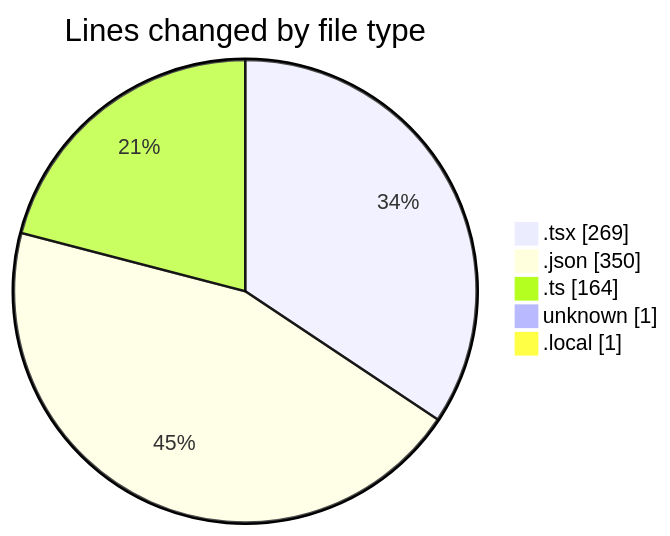
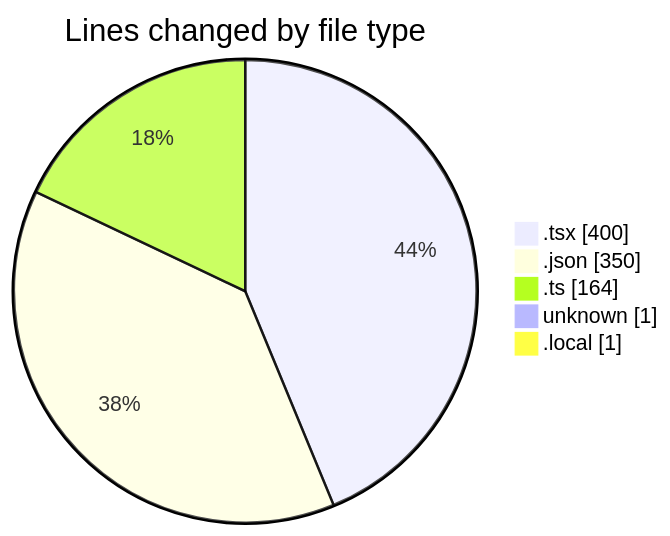
One commit to Elitesun/code-tracking changed the first of 2 diagrams in 2025-04-08/sungpt/README.md. Above: the diagram before and after it, drawn with Mermaid. The commit also changed other lines of this file and 1 other file, not shown here.

````diff
--- a/2025-04-08/sungpt/README.md
+++ b/2025-04-08/sungpt/README.md
@@ -29,9 +32,9 @@
 ```mermaid
 pie showData
 title Lines changed by file type
-".tsx" : 269
+".tsx" : 400
 ".json" : 350
 ".ts" : 164
 "unknown" : 1
 ".local" : 1
 ```
````
